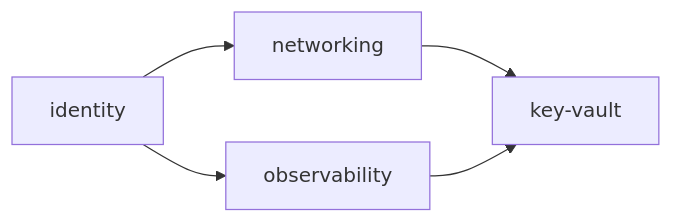
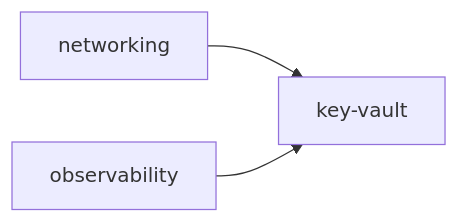
Before and after one commit to jmsalvo/secure-azure-platform: the diagram in README.md, drawn with Mermaid. The commit also changed other lines of this file and 3 other files, not shown here.

````diff
--- a/README.md
+++ b/README.md
@@ -12,7 +12,5 @@
 ```mermaid
 flowchart LR
-    identity[identity] --> networking[networking]
-    identity --> observability[observability]
-    networking --> keyvault[key-vault]
-    observability --> keyvault
+    networking[networking] --> keyvault[key-vault]
+    observability[observability] --> keyvault
 ```
````
